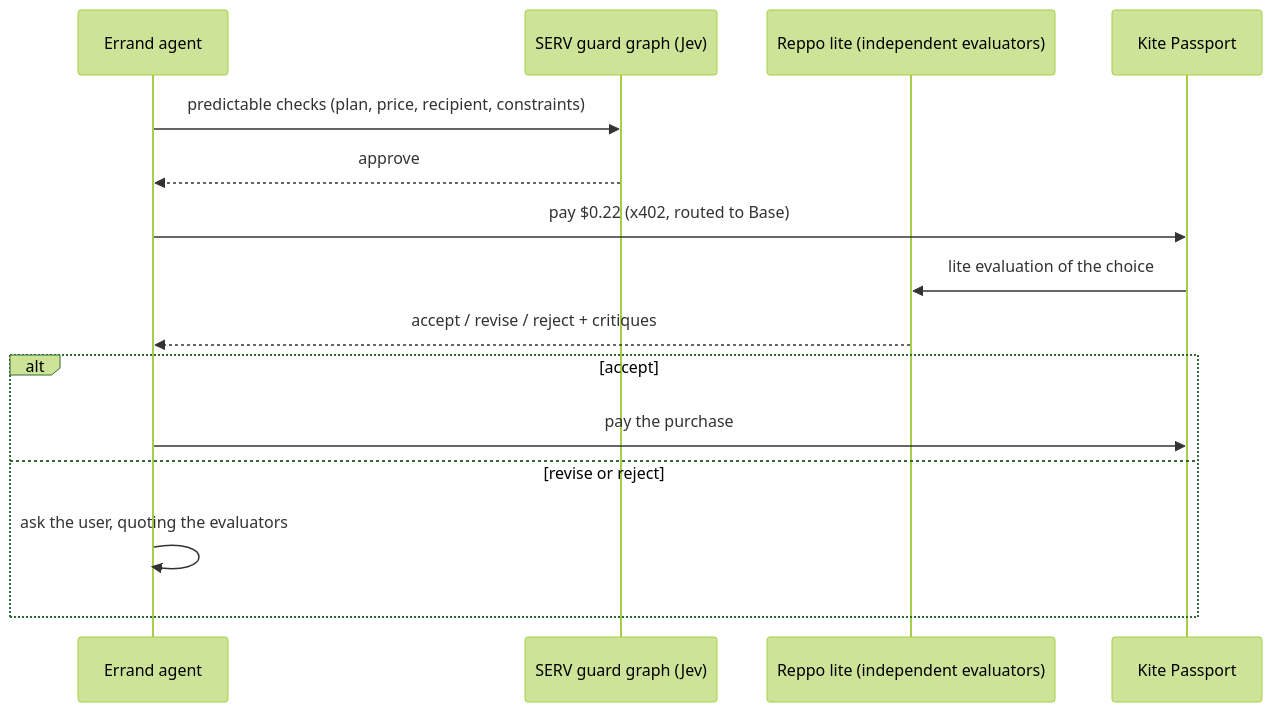
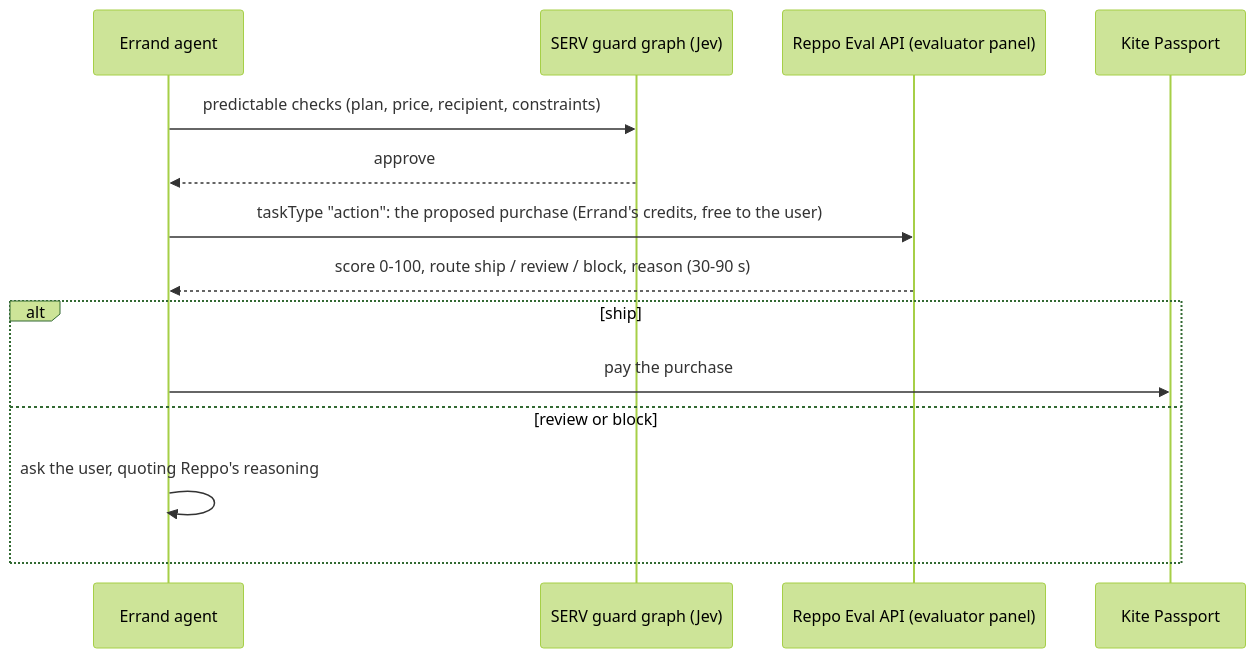
One commit to softalpha0/Errand changed the fourth of 5 diagrams in docs/architecture.md. Above: the diagram before and after it, drawn with Mermaid (forest theme). The commit also changed 26 other files, not shown here.

Commit message:
feat(reppo): move second opinions and grading to Reppo's new Eval API

````diff
--- a/docs/architecture.md
+++ b/docs/architecture.md
@@ -112,17 +112,16 @@
 ```mermaid
 sequenceDiagram
   participant A as Errand agent
   participant G as SERV guard graph (Jev)
-  participant R as Reppo lite (independent evaluators)
+  participant R as Reppo Eval API (evaluator panel)
   participant K as Kite Passport
   A->>G: predictable checks (plan, price, recipient, constraints)
   G-->>A: approve
-  A->>K: pay $0.22 (x402, routed to Base)
-  K->>R: lite evaluation of the choice
-  R-->>A: accept / revise / reject + critiques
-  alt accept
+  A->>R: taskType "action": the proposed purchase (Errand's credits, free to the user)
+  R-->>A: score 0-100, route ship / review / block, reason (30-90 s)
+  alt ship
     A->>K: pay the purchase
-  else revise or reject
-    A->>A: ask the user, quoting the evaluators
+  else review or block
+    A->>A: ask the user, quoting Reppo's reasoning
   end
 ```
````
